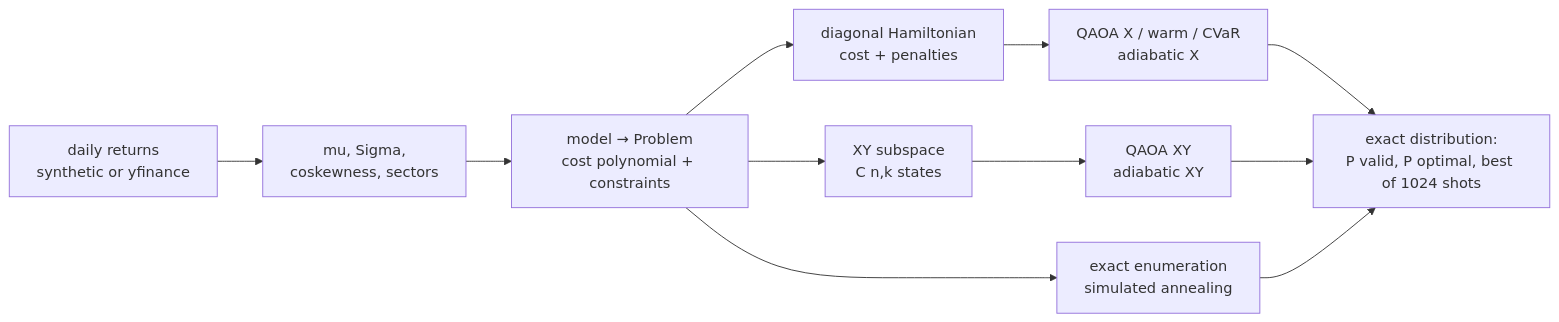
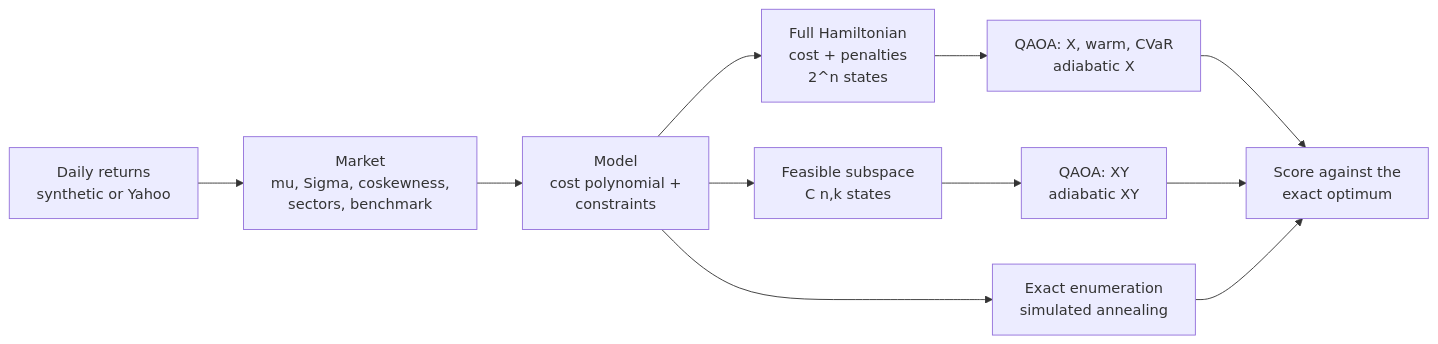
Before and after one commit to vincal848/quantum-portfolio: the diagram in README.md, drawn with Mermaid. The commit also changed other lines of this file and 7 other files, not shown here.

````diff
--- a/README.md
+++ b/README.md
@@ -104,13 +70,13 @@
 ```mermaid
 flowchart LR
-    R[daily returns<br/>synthetic or yfinance] --> M[mu, Sigma,<br/>coskewness, sectors]
-    M --> P[model → Problem<br/>cost polynomial + constraints]
-    P --> H[diagonal Hamiltonian<br/>cost + penalties]
-    P --> XY[XY subspace<br/>C n,k states]
-    H --> Q1[QAOA X / warm / CVaR<br/>adiabatic X]
-    XY --> Q2[QAOA XY<br/>adiabatic XY]
-    P --> C[exact enumeration<br/>simulated annealing]
-    Q1 --> S[exact distribution:<br/>P valid, P optimal, best of 1024 shots]
-    Q2 --> S
-    C --> S
+    R[Daily returns<br/>synthetic or Yahoo] --> M[Market<br/>mu, Sigma, coskewness,<br/>sectors, benchmark]
+    M --> P[Model<br/>cost polynomial +<br/>constraints]
+    P --> H[Full Hamiltonian<br/>cost + penalties<br/>2^n states]
+    P --> XY[Feasible subspace<br/>C n,k states]
+    H --> QX[QAOA: X, warm, CVaR<br/>adiabatic X]
+    XY --> QXY[QAOA: XY<br/>adiabatic XY]
+    P --> CL[Exact enumeration<br/>simulated annealing]
+    QX --> S[Score against the<br/>exact optimum]
+    QXY --> S
+    CL --> S
 ```
````
